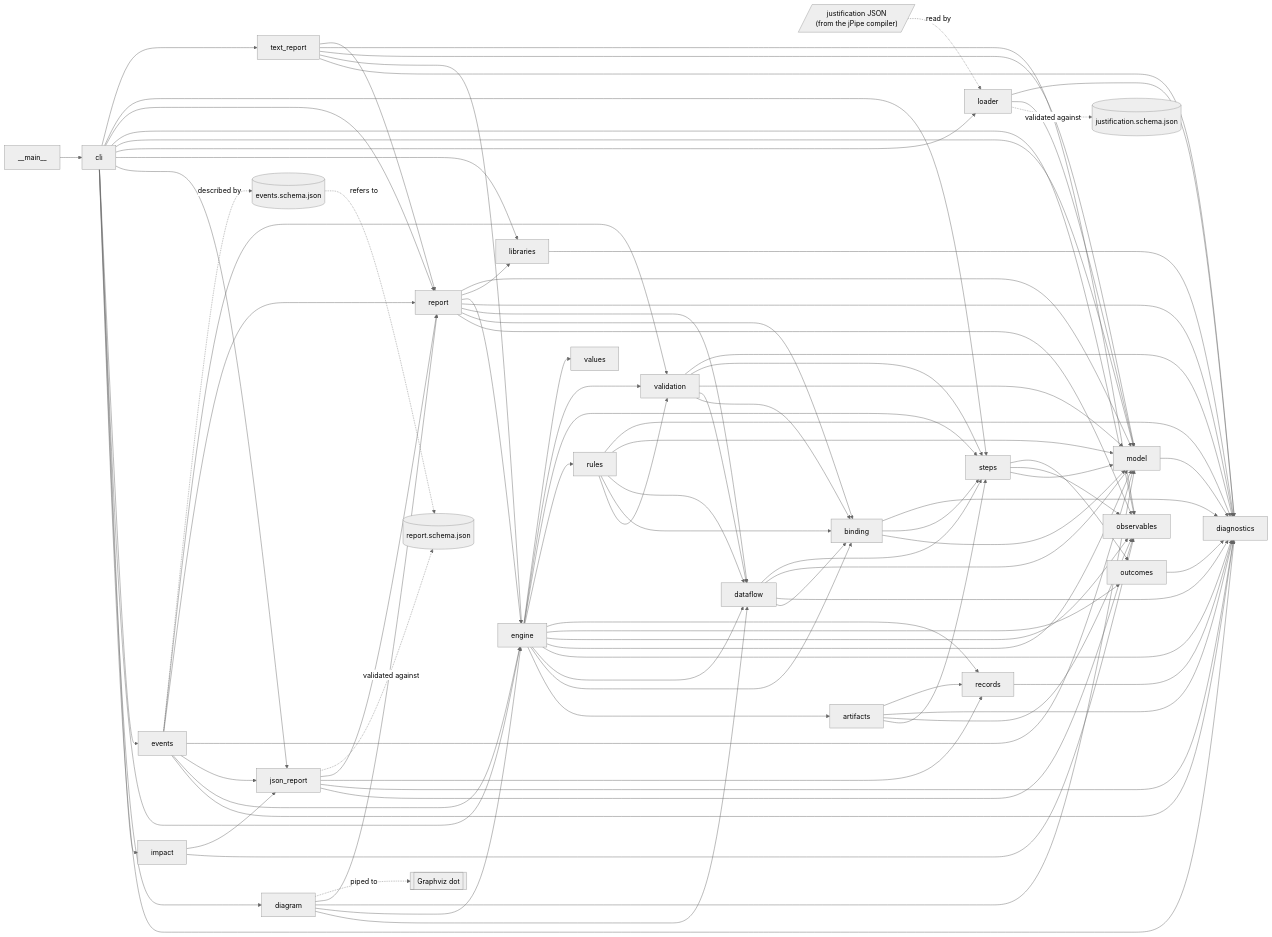
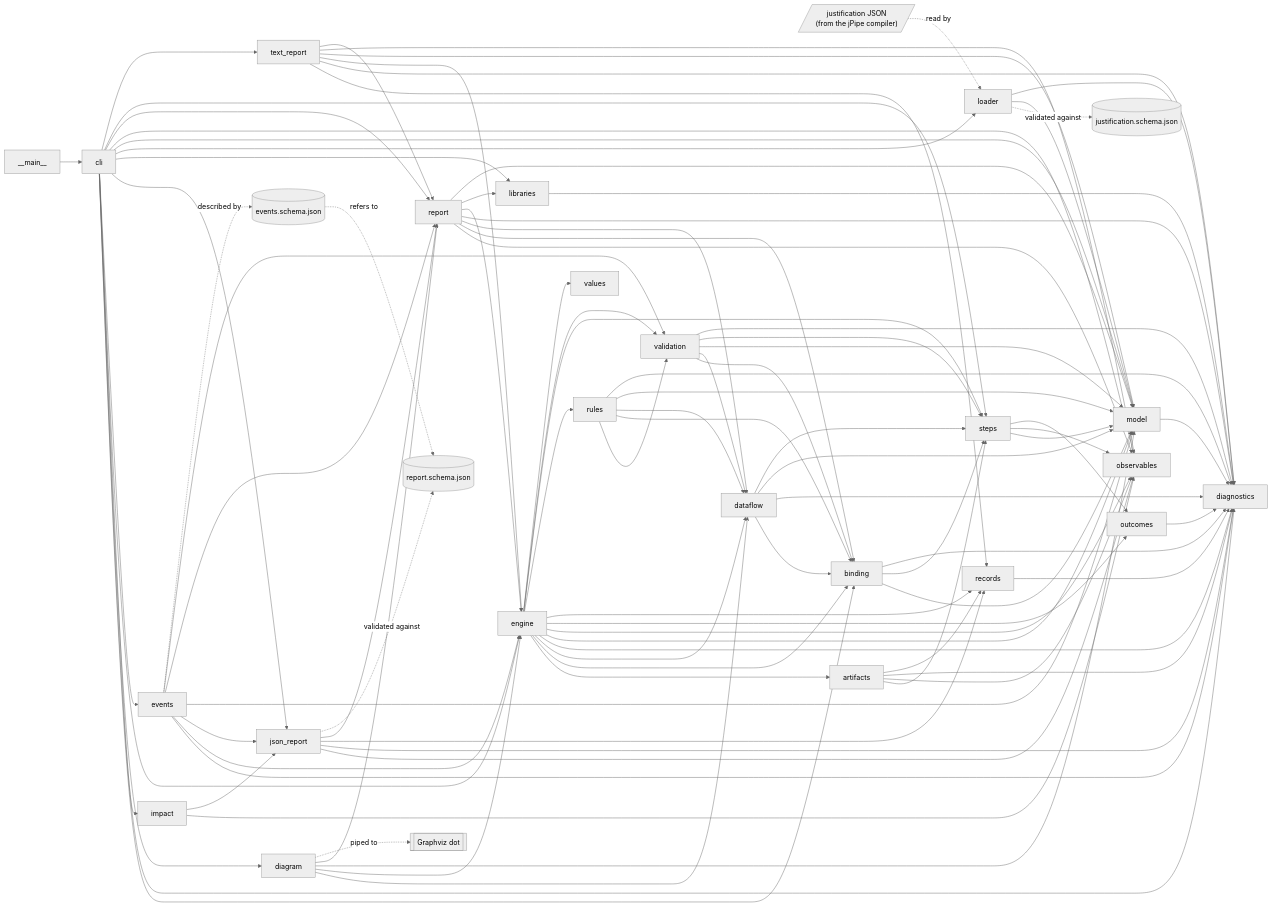
One commit to jpipe-mcscert/jpipe-runner changed the first of 2 diagrams in docs/design.md. Above: the diagram before and after it, drawn with Mermaid (neutral theme). The commit also changed other lines of this file and 10 other files, not shown here.

```diff
--- a/docs/design.md
+++ b/docs/design.md
@@ -82,6 +82,7 @@
     events --> validation
     events -.->|described by| eventsschema
     eventsschema -.->|refers to| reportschema
+    text_report --> records
     text_report --> diagnostics
     text_report --> engine
     text_report --> model
@@ -89,6 +90,7 @@
     text_report --> report
     impact --> observables
     impact --> json_report
+    cli --> binding
     cli --> diagnostics
     cli --> diagram
     cli --> impact
```
